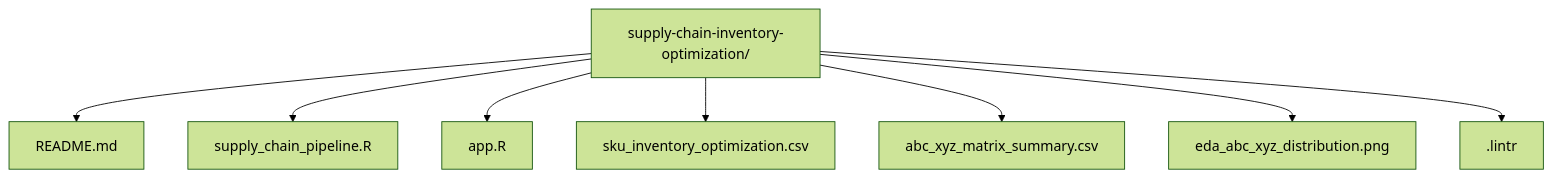
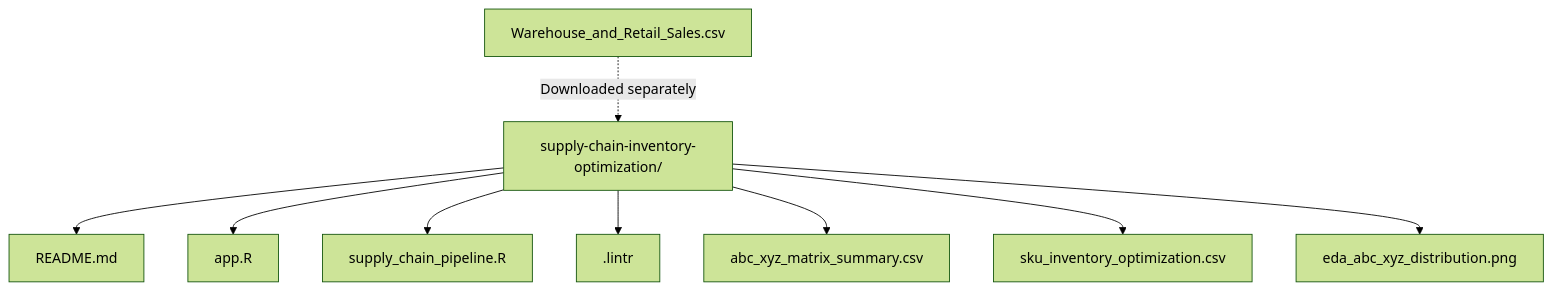
Before and after one commit to AshutoshTembhekar/supply-chain-inventory-optimization: the sixth of 6 diagrams in README.md, drawn with Mermaid (forest theme). The commit also changed other lines of this file, not shown here.

````diff
--- a/README.md
+++ b/README.md
@@ -442,10 +388,15 @@
 ```mermaid
 flowchart TD
-    A["supply-chain-inventory-optimization/"] --> B["README.md"]
-    A --> C["supply_chain_pipeline.R"]
-    A --> D["app.R"]
-    A --> E["sku_inventory_optimization.csv"]
-    A --> F["abc_xyz_matrix_summary.csv"]
-    A --> G["eda_abc_xyz_distribution.png"]
-    A --> H[".lintr"]
+    ROOT["supply-chain-inventory-optimization/"]
+
+    ROOT --> README["README.md"]
+    ROOT --> APP["app.R"]
+    ROOT --> PIPE["supply_chain_pipeline.R"]
+    ROOT --> LINT[".lintr"]
+    ROOT --> SUMMARY["abc_xyz_matrix_summary.csv"]
+    ROOT --> SKU["sku_inventory_optimization.csv"]
+    ROOT --> IMAGE["eda_abc_xyz_distribution.png"]
+
+    DATA["Warehouse_and_Retail_Sales.csv"]
+    DATA -. "Downloaded separately" .-> ROOT
 ```
````
